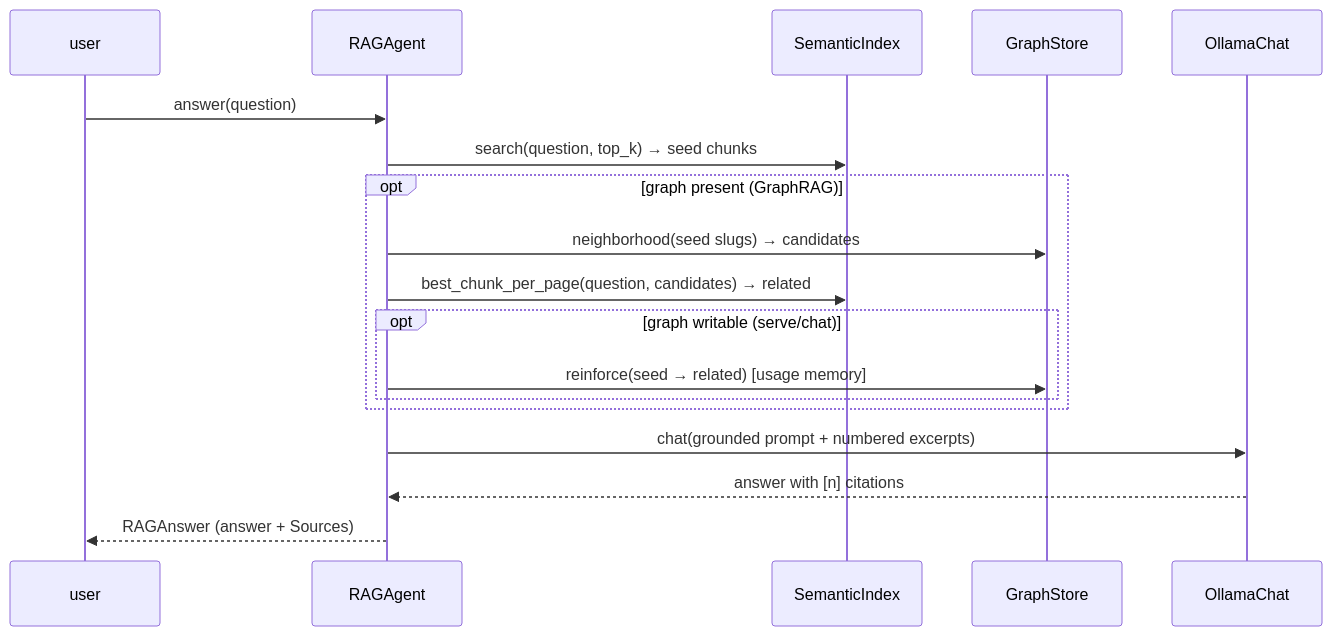
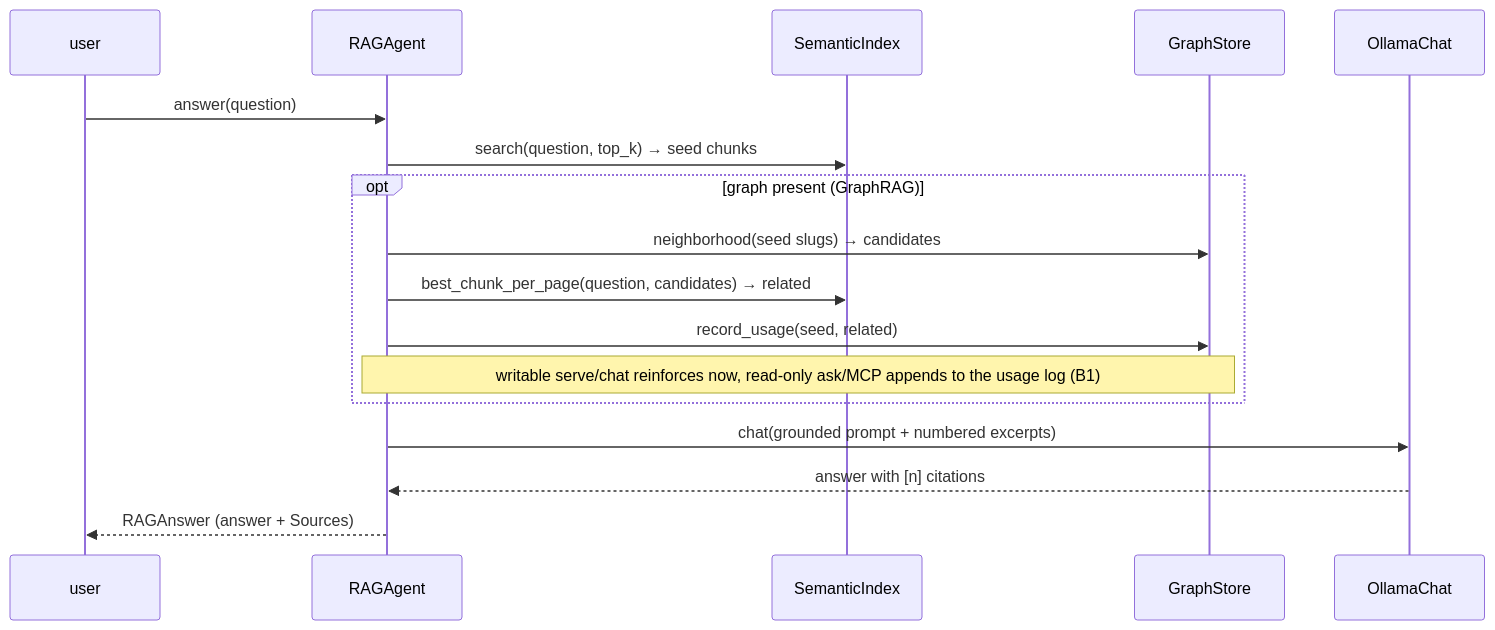
One commit to Neuroant/OpenWiki changed the second of 6 diagrams in docs/arc42/06-runtime-view.md. Above: the diagram before and after it, drawn with Mermaid. The commit also changed other lines of this file and 11 other files, not shown here.

````diff
--- a/docs/arc42/06-runtime-view.md
+++ b/docs/arc42/06-runtime-view.md
@@ -38,21 +46,20 @@
 ```mermaid
 sequenceDiagram
   participant U as user
   participant A as RAGAgent
   participant IX as SemanticIndex
   participant GS as GraphStore
   participant C as OllamaChat
 
   U->>A: answer(question)
   A->>IX: search(question, top_k) → seed chunks
   opt graph present (GraphRAG)
     A->>GS: neighborhood(seed slugs) → candidates
     A->>IX: best_chunk_per_page(question, candidates) → related
-    opt graph writable (serve/chat)
-      A->>GS: reinforce(seed → related)  [usage memory]
-    end
+    A->>GS: record_usage(seed, related)
+    Note over A,GS: writable serve/chat reinforces now, read-only ask/MCP appends to the usage log (B1)
   end
   A->>C: chat(grounded prompt + numbered excerpts)
   C-->>A: answer with [n] citations
   A-->>U: RAGAnswer (answer + Sources)
 ```
````
